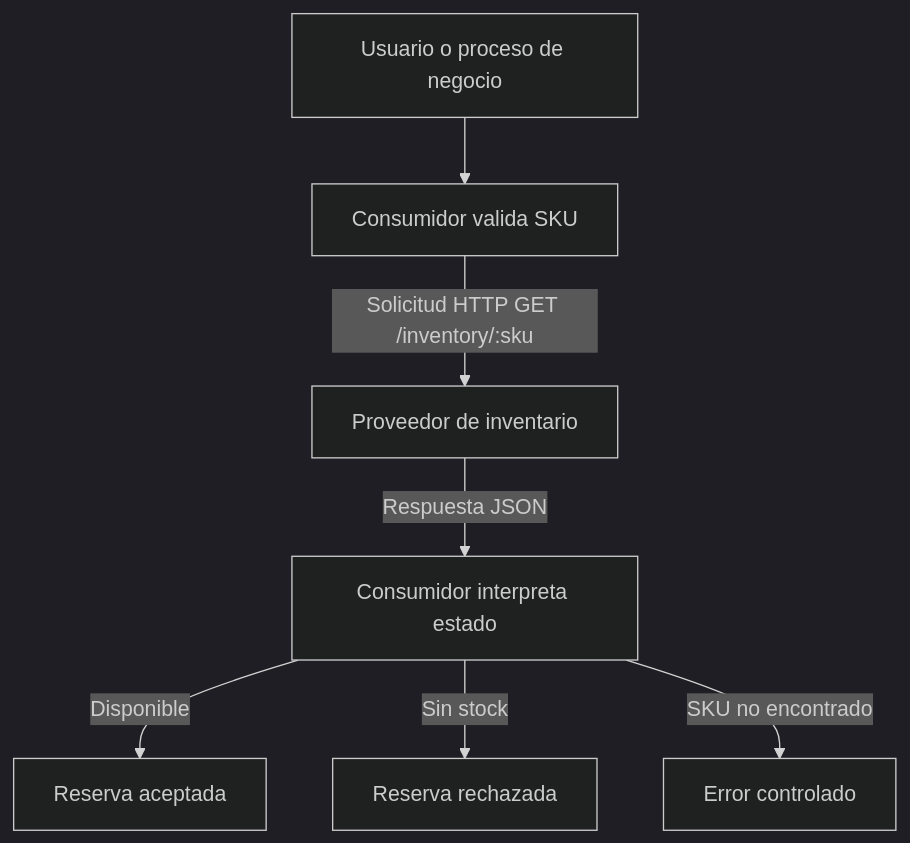
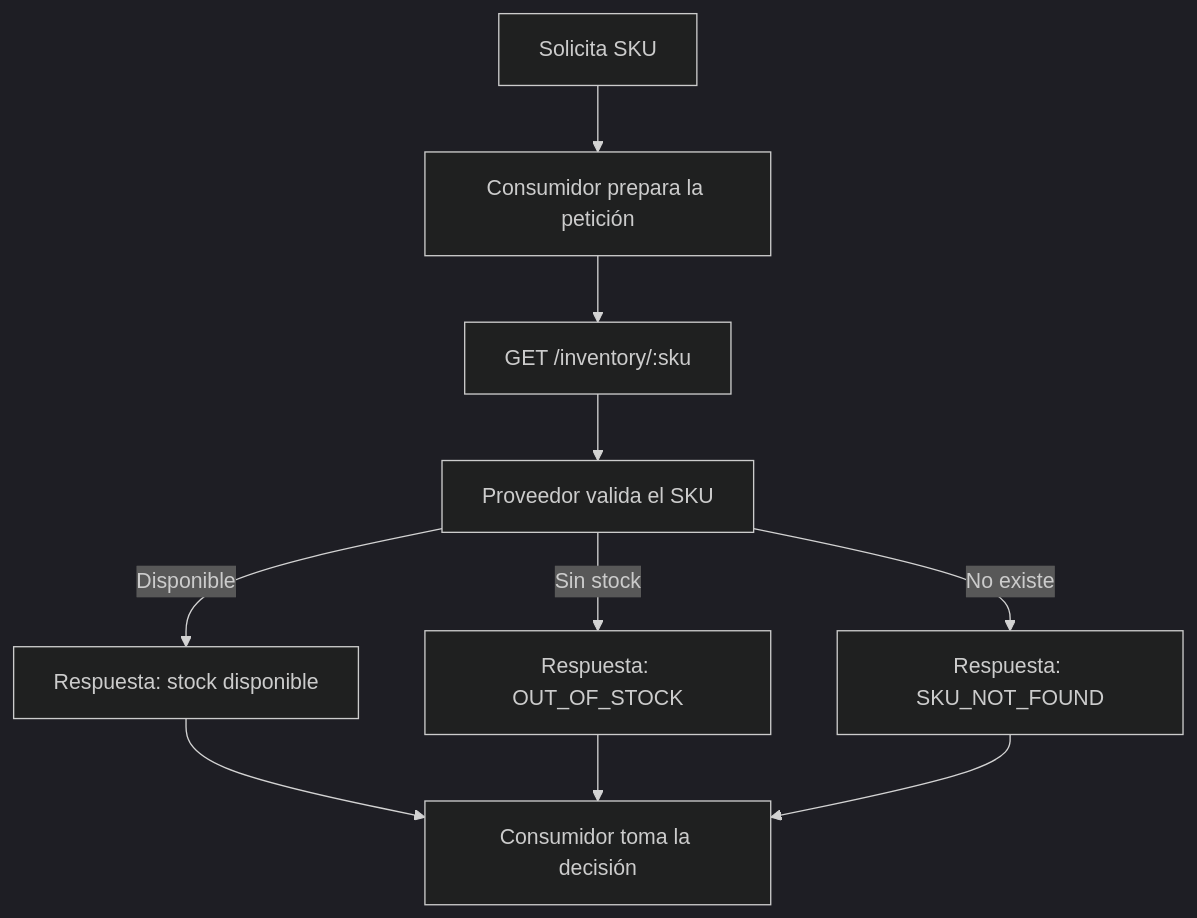
One commit to mchiroyl/Pact-Consumer-Provider-Validation changed the second of 4 diagrams in README.md. Above: the diagram before and after it, drawn with Mermaid (dark theme). The commit also changed other lines of this file, not shown here.

Commit message:
Mejora de legibilidad en diagramas del README

````diff
--- a/README.md
+++ b/README.md
@@ -28,9 +30,12 @@
 ```mermaid
 flowchart TD
-    U[Usuario o proceso de negocio] --> C1[Consumidor valida SKU]
-    C1 -->|Solicitud HTTP GET /inventory/:sku| P[Proveedor de inventario]
-    P -->|Respuesta JSON| C2[Consumidor interpreta estado]
-    C2 -->|Disponible| R1[Reserva aceptada]
-    C2 -->|Sin stock| R2[Reserva rechazada]
-    C2 -->|SKU no encontrado| R3[Error controlado]
+    A[Solicita SKU] --> B[Consumidor prepara la petición]
+    B --> C[GET /inventory/:sku]
+    C --> D[Proveedor valida el SKU]
+    D -->|Disponible| E[Respuesta: stock disponible]
+    D -->|Sin stock| F[Respuesta: OUT_OF_STOCK]
+    D -->|No existe| G[Respuesta: SKU_NOT_FOUND]
+    E --> H[Consumidor toma la decisión]
+    F --> H
+    G --> H
 ```
````
